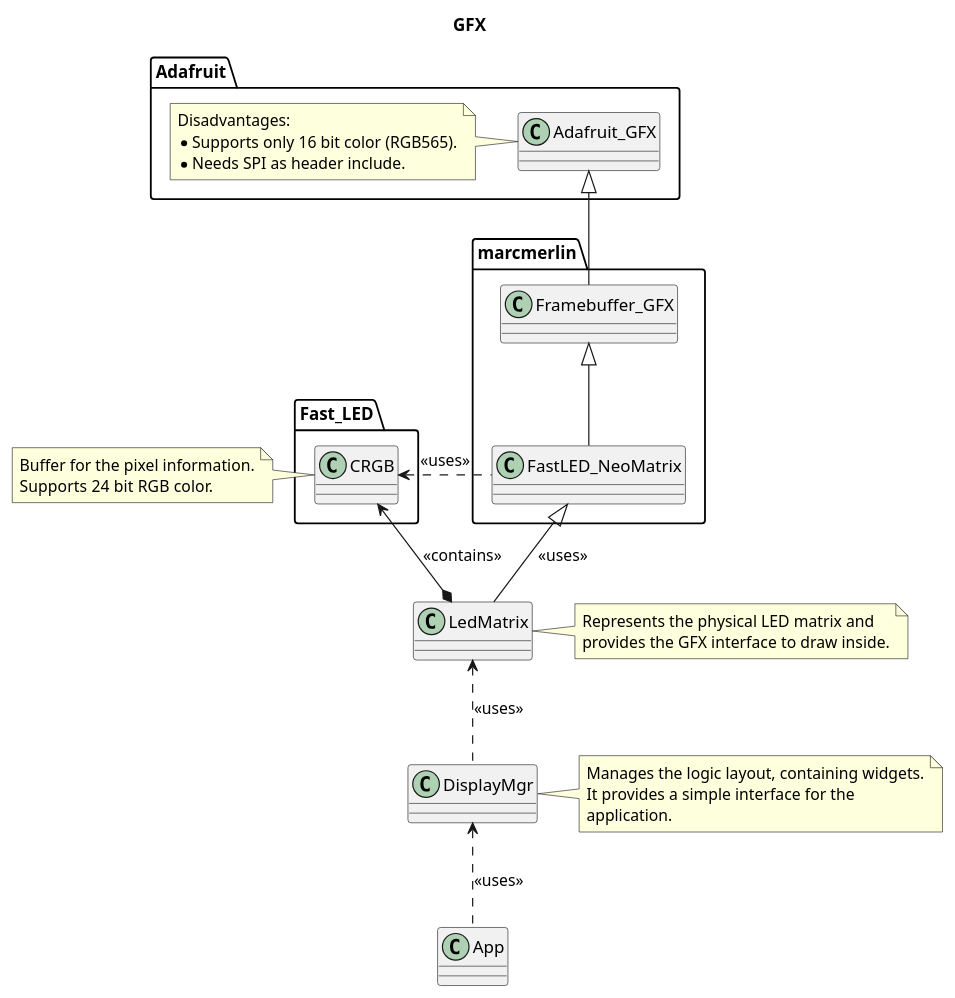
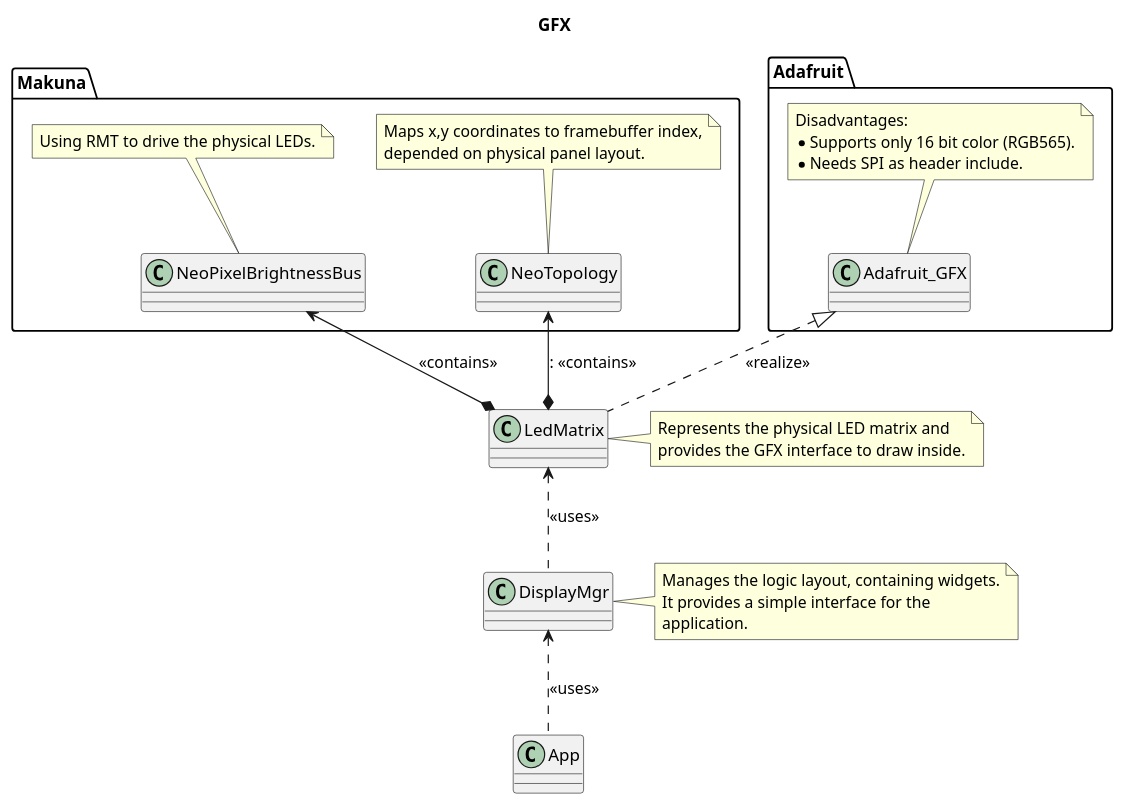
The diagram in doc/design/gfx.plantuml (BlueAndi/Pixelix), drawn with PlantUML before and after one commit. The commit also changed 64 other files, not shown here.

Commit message:
FastLED replaced with NeoPixelBrightnessBus from Makuna. Changing the physical matrix layout during runtime is not supported anymore, but not completely removed yet.

```diff
--- a/doc/design/gfx.plantuml
+++ b/doc/design/gfx.plantuml
@@ -1,57 +1,55 @@
 @startuml
 
 title GFX
 
-package "marcmerlin" {
-    class "FastLED_NeoMatrix" as neoMatrix
-    class "Framebuffer_GFX" as frameBufferGfx
+package "Makuna" {
+    class "NeoPixelBrightnessBus" as neoPixelBrightnessBus
+
+    note top of neoPixelBrightnessBus
+        Using RMT to drive the physical LEDs.
+    end note
+
+    class "NeoTopology" as neoTopology
+
+    note top of neoTopology
+        Maps x,y coordinates to framebuffer index,
+        depended on physical panel layout.
+    end note
 }
-
-package "Fast_LED" {
-    class "CRGB" as crgb
-}
-
-note left of crgb
-    Buffer for the pixel information.
-    Supports 24 bit RGB color.
-end note
 
 package "Adafruit" {
     class "Adafruit_GFX" as adafruitGfx
 
-    note left of adafruitGfx
+    note top of adafruitGfx
         Disadvantages:
         * Supports only 16 bit color (RGB565).
         * Needs SPI as header include.
     end note
 }
 
-adafruitGfx <|-- frameBufferGfx
-frameBufferGfx <|-- neoMatrix
-neoMatrix .l.> crgb: <<uses>>
-
 class "LedMatrix" as ledMatrix
 
-neoMatrix <|-- ledMatrix: <<uses>>
-crgb <--* ledMatrix: <<contains>>
+adafruitGfx <|.. ledMatrix: <<realize>>
+neoPixelBrightnessBus <--* ledMatrix: <<contains>>
+neoTopology <--* ledMatrix:: <<contains>>
 
 note right of ledMatrix
     Represents the physical LED matrix and
     provides the GFX interface to draw inside.
 end note
 
 class "DisplayMgr" as displayMgr
 
 ledMatrix <.. displayMgr: <<uses>>
 
 note right of displayMgr
     Manages the logic layout, containing widgets.
     It provides a simple interface for the
     application.
 end note
 
 class "App" as app
 
 displayMgr <.. app: <<uses>>
 
 @enduml
```
